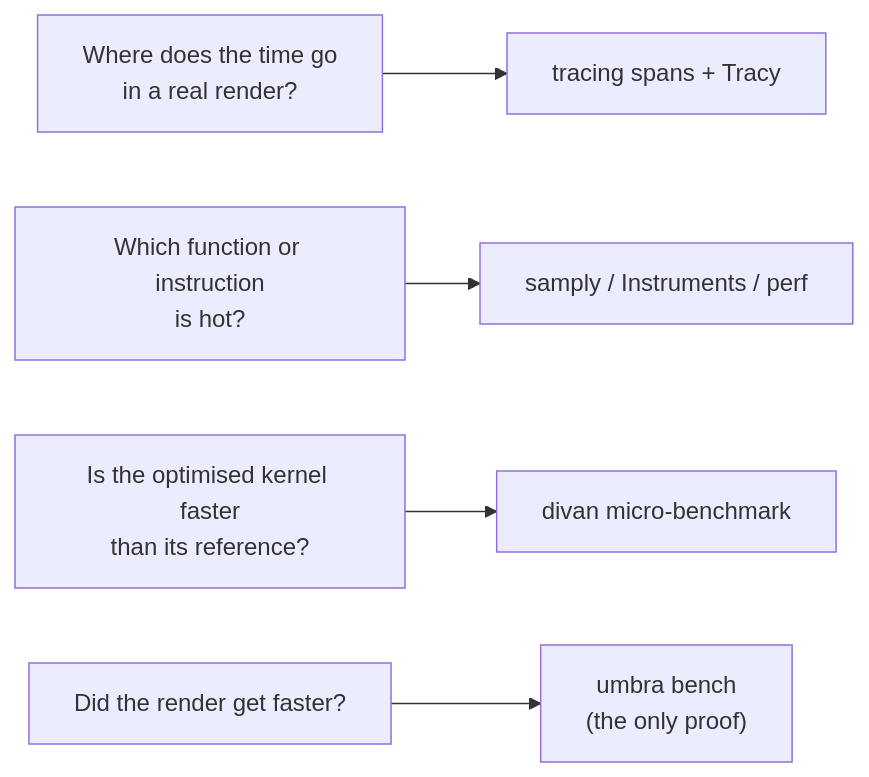
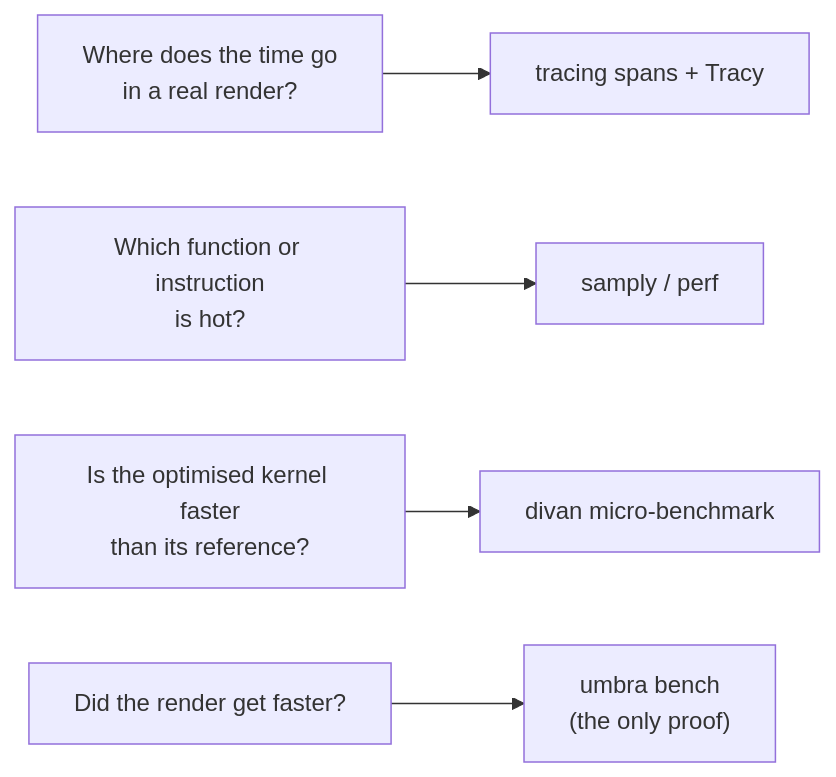
Before and after one commit to sergioffpc/umbra: the third of 11 diagrams in docs/architecture/08-crosscutting-concepts.md, drawn with Mermaid. The commit also changed other lines of this file and 28 other files, not shown here.

````diff
--- a/docs/architecture/08-crosscutting-concepts.md
+++ b/docs/architecture/08-crosscutting-concepts.md
@@ -102,7 +87,7 @@
 ```mermaid
 flowchart LR
     Q1["Where does the time go<br/>in a real render?"] --> T["tracing spans + Tracy"]
-    Q2["Which function or instruction<br/>is hot?"] --> S["samply / Instruments / perf"]
+    Q2["Which function or instruction<br/>is hot?"] --> S["samply / perf"]
     Q3["Is the optimised kernel faster<br/>than its reference?"] --> D["divan micro-benchmark"]
     Q4["Did the render get faster?"] --> B["umbra bench<br/>(the only proof)"]
 ```
````
